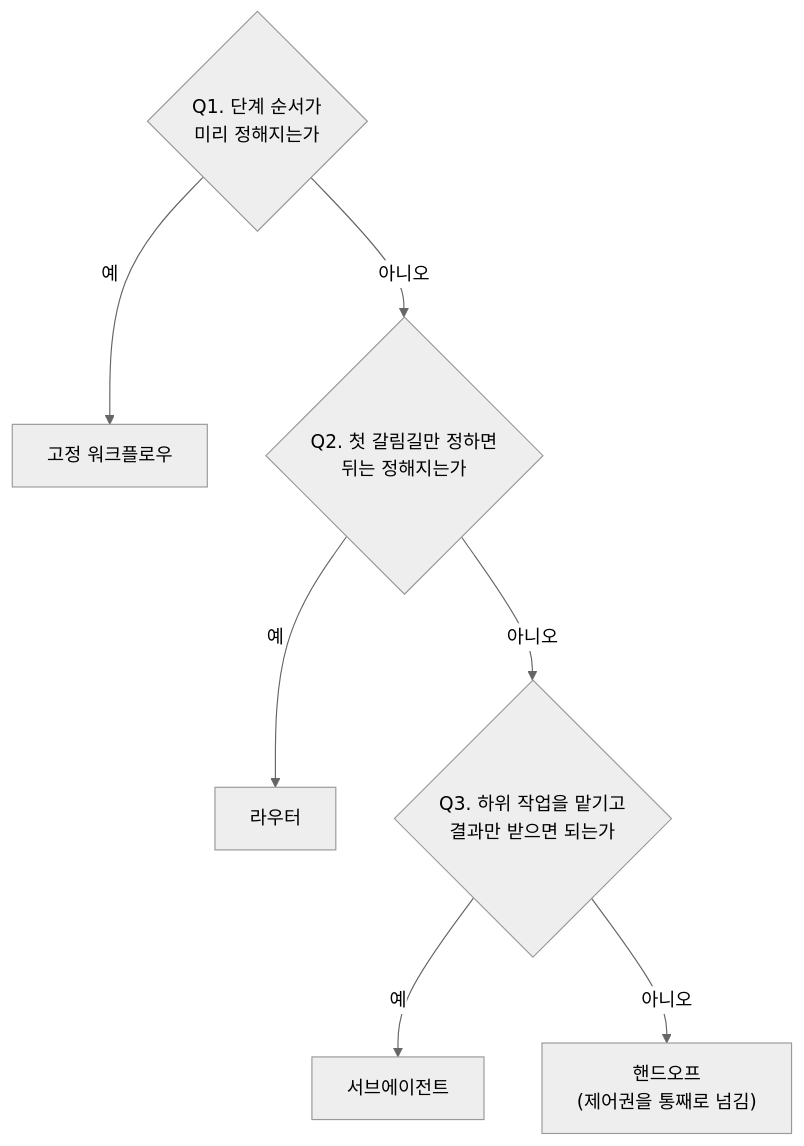
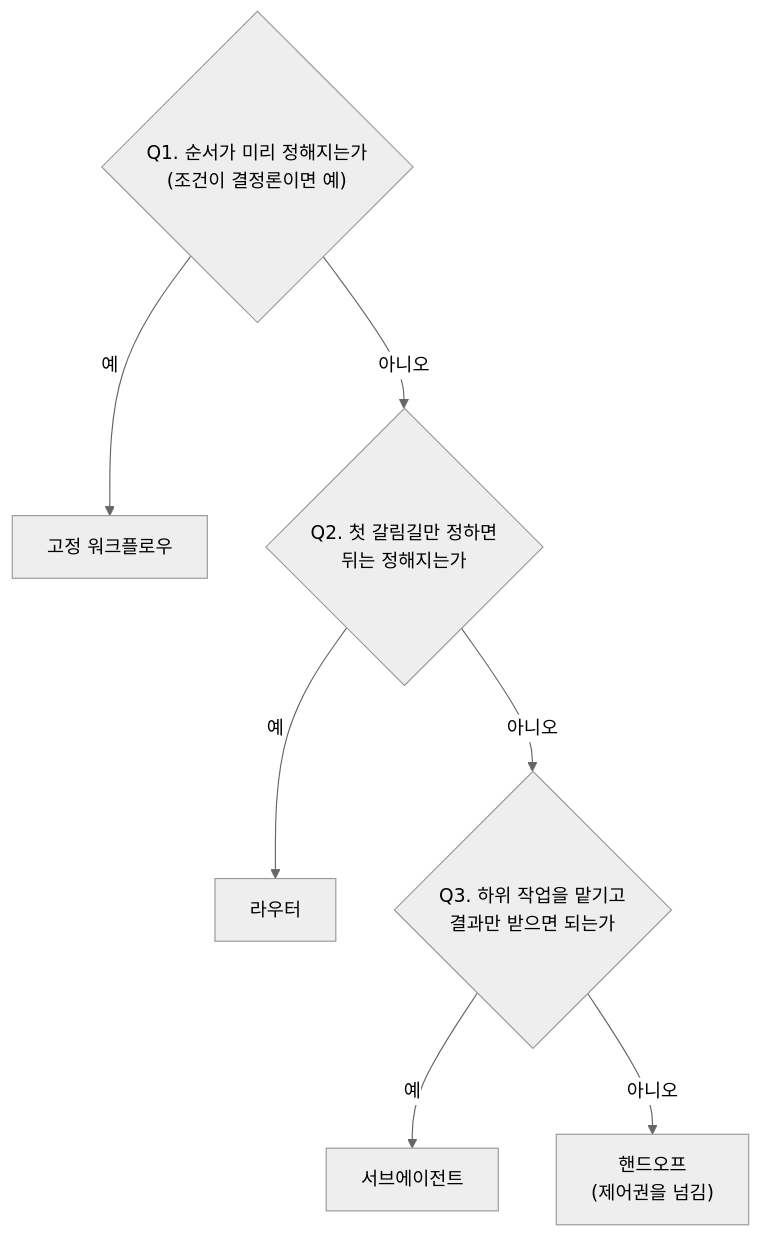
Before and after one commit to unicorn-campus/design-agentic-ai: the second of 3 diagrams in guides/04-패턴시퀀스설계-가이드.md, drawn with Mermaid (neutral theme). The commit also changed other lines of this file and 19 other files, not shown here.

````diff
--- a/guides/04-패턴시퀀스설계-가이드.md
+++ b/guides/04-패턴시퀀스설계-가이드.md
@@ -48,9 +48,9 @@
 ```mermaid
 graph TD
-  Q1{"Q1. 단계 순서가<br/>미리 정해지는가"} -->|예| W["고정 워크플로우"]
+  Q1{"Q1. 순서가 미리 정해지는가<br/>(조건이 결정론이면 예)"} -->|예| W["고정 워크플로우"]
   Q1 -->|아니오| Q2{"Q2. 첫 갈림길만 정하면<br/>뒤는 정해지는가"}
   Q2 -->|예| R["라우터"]
   Q2 -->|아니오| Q3{"Q3. 하위 작업을 맡기고<br/>결과만 받으면 되는가"}
   Q3 -->|예| S["서브에이전트"]
-  Q3 -->|아니오| H["핸드오프<br/>(제어권을 통째로 넘김)"]
+  Q3 -->|아니오| H["핸드오프<br/>(제어권을 넘김)"]
 ```
````
